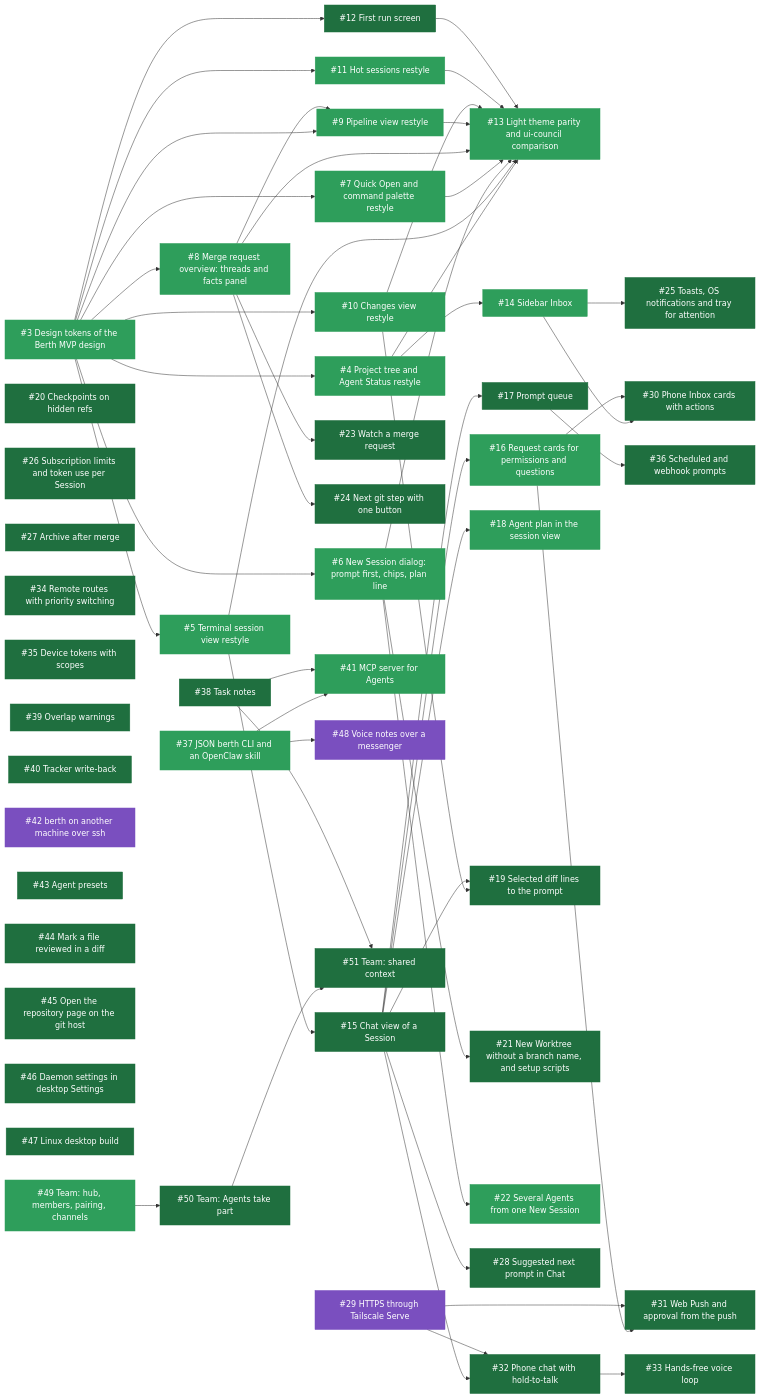
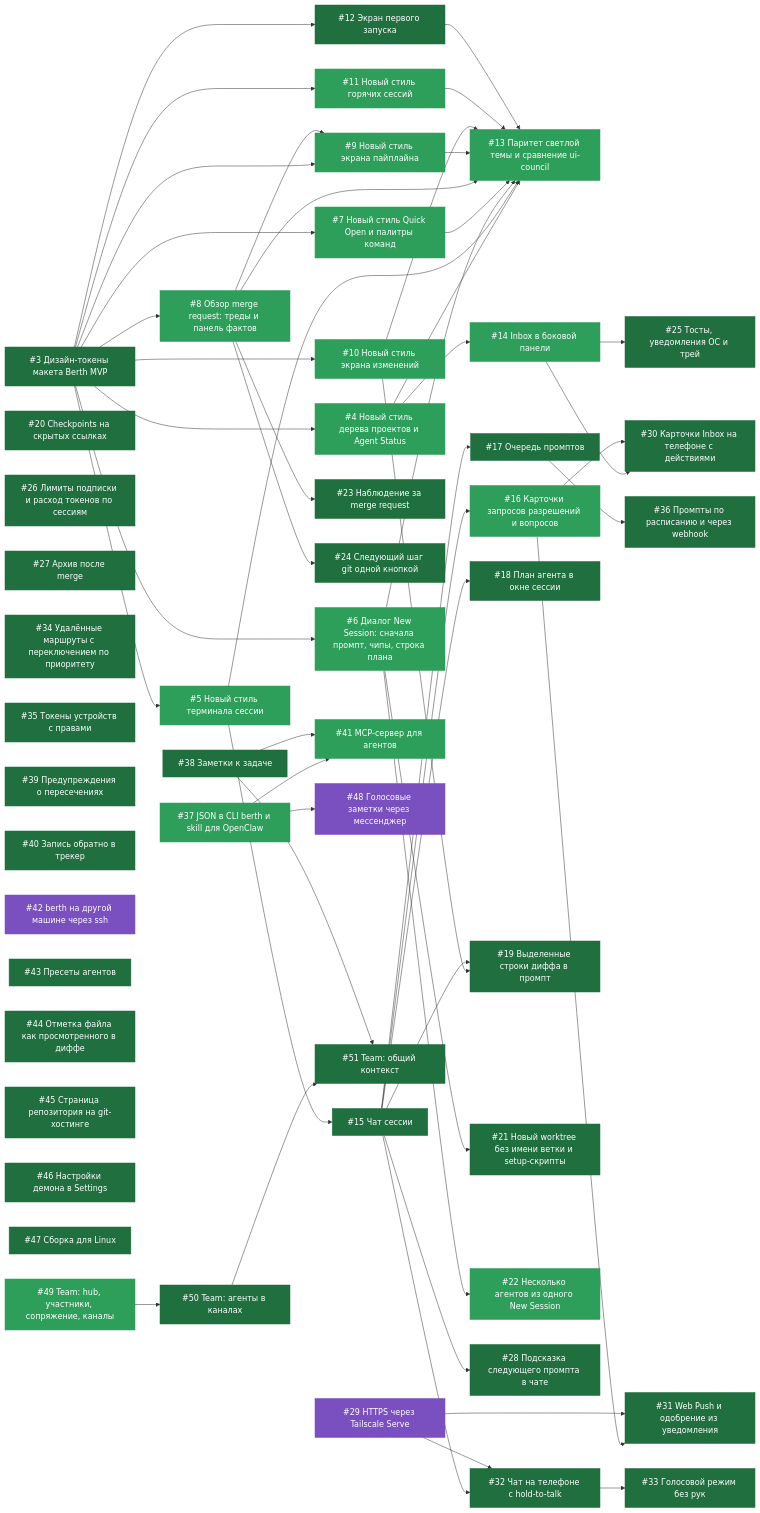
Before and after one commit to PetukhovArt/berth: the diagram in STATUS.md, drawn with Mermaid. The commit also changed other lines of this file and 2 other files, not shown here.

Commit message:
docs: STATUS.md in Russian

````diff
--- a/STATUS.md
+++ b/STATUS.md
@@ -7,26 +9,26 @@
 ```mermaid
 graph LR
-  i3["#3 Design tokens of the Berth MVP design"]:::done
-  i4["#4 Project tree and Agent Status restyle"]:::done
+  i3["#3 Дизайн-токены макета Berth MVP"]:::closed
+  i4["#4 Новый стиль дерева проектов и Agent Status"]:::done
   i3 --> i4
-  i5["#5 Terminal session view restyle"]:::done
+  i5["#5 Новый стиль терминала сессии"]:::done
   i3 --> i5
-  i6["#6 New Session dialog: prompt first, chips, plan line"]:::done
+  i6["#6 Диалог New Session: сначала промпт, чипы, строка плана"]:::done
   i3 --> i6
-  i7["#7 Quick Open and command palette restyle"]:::done
+  i7["#7 Новый стиль Quick Open и палитры команд"]:::done
   i3 --> i7
-  i8["#8 Merge request overview: threads and facts panel"]:::done
+  i8["#8 Обзор merge request: треды и панель фактов"]:::done
   i3 --> i8
-  i9["#9 Pipeline view restyle"]:::done
+  i9["#9 Новый стиль экрана пайплайна"]:::done
   i3 --> i9
   i8 --> i9
-  i10["#10 Changes view restyle"]:::done
+  i10["#10 Новый стиль экрана изменений"]:::done
   i3 --> i10
-  i11["#11 Hot sessions restyle"]:::done
+  i11["#11 Новый стиль горячих сессий"]:::done
   i3 --> i11
-  i12["#12 First run screen"]:::closed
+  i12["#12 Экран первого запуска"]:::closed
   i3 --> i12
-  i13["#13 Light theme parity and ui-council comparison"]:::done
+  i13["#13 Паритет светлой темы и сравнение ui-council"]:::done
   i4 --> i13
   i5 --> i13
   i6 --> i13
@@ -36,69 +38,69 @@
   i10 --> i13
   i11 --> i13
   i12 --> i13
-  i14["#14 Sidebar Inbox"]:::done
+  i14["#14 Inbox в боковой панели"]:::done
   i4 --> i14
-  i15["#15 Chat view of a Session"]:::closed
+  i15["#15 Чат сессии"]:::closed
   i5 --> i15
-  i16["#16 Request cards for permissions and questions"]:::done
+  i16["#16 Карточки запросов разрешений и вопросов"]:::done
   i15 --> i16
-  i17["#17 Prompt queue"]:::closed
+  i17["#17 Очередь промптов"]:::closed
   i15 --> i17
-  i18["#18 Agent plan in the session view"]:::done
+  i18["#18 План агента в окне сессии"]:::closed
   i15 --> i18
-  i19["#19 Selected diff lines to the prompt"]:::closed
+  i19["#19 Выделенные строки диффа в промпт"]:::closed
   i10 --> i19
   i15 --> i19
-  i20["#20 Checkpoints on hidden refs"]:::closed
-  i21["#21 New Worktree without a branch name, and setup scripts"]:::closed
+  i20["#20 Checkpoints на скрытых ссылках"]:::closed
+  i21["#21 Новый worktree без имени ветки и setup-скрипты"]:::closed
   i6 --> i21
-  i22["#22 Several Agents from one New Session"]:::done
+  i22["#22 Несколько агентов из одного New Session"]:::done
   i6 --> i22
-  i23["#23 Watch a merge request"]:::closed
+  i23["#23 Наблюдение за merge request"]:::closed
   i8 --> i23
-  i24["#24 Next git step with one button"]:::closed
+  i24["#24 Следующий шаг git одной кнопкой"]:::closed
   i8 --> i24
-  i25["#25 Toasts, OS notifications and tray for attention"]:::closed
+  i25["#25 Тосты, уведомления ОС и трей"]:::closed
   i14 --> i25
-  i26["#26 Subscription limits and token use per Session"]:::closed
-  i27["#27 Archive after merge"]:::closed
-  i28["#28 Suggested next prompt in Chat"]:::closed
+  i26["#26 Лимиты подписки и расход токенов по сессиям"]:::closed
+  i27["#27 Архив после merge"]:::closed
+  i28["#28 Подсказка следующего промпта в чате"]:::closed
   i15 --> i28
-  i29["#29 HTTPS through Tailscale Serve"]:::parked
-  i30["#30 Phone Inbox cards with actions"]:::closed
+  i29["#29 HTTPS через Tailscale Serve"]:::parked
+  i30["#30 Карточки Inbox на телефоне с действиями"]:::closed
   i14 --> i30
   i16 --> i30
-  i31["#31 Web Push and approval from the push"]:::closed
+  i31["#31 Web Push и одобрение из уведомления"]:::closed
   i16 --> i31
   i29 --> i31
-  i32["#32 Phone chat with hold-to-talk"]:::closed
+  i32["#32 Чат на телефоне с hold-to-talk"]:::closed
   i15 --> i32
   i29 --> i32
-  i33["#33 Hands-free voice loop"]:::closed
+  i33["#33 Голосовой режим без рук"]:::closed
   i32 --> i33
-  i34["#34 Remote routes with priority switching"]:::closed
-  i35["#35 Device tokens with scopes"]:::closed
-  i36["#36 Scheduled and webhook prompts"]:::closed
+  i34["#34 Удалённые маршруты с переключением по приоритету"]:::closed
+  i35["#35 Токены устройств с правами"]:::closed
+  i36["#36 Промпты по расписанию и через webhook"]:::closed
   i17 --> i36
-  i37["#37 JSON berth CLI and an OpenClaw skill"]:::done
-  i38["#38 Task notes"]:::closed
-  i39["#39 Overlap warnings"]:::closed
-  i40["#40 Tracker write-back"]:::closed
-  i41["#41 MCP server for Agents"]:::done
+  i37["#37 JSON в CLI berth и skill для OpenClaw"]:::done
+  i38["#38 Заметки к задаче"]:::closed
+  i39["#39 Предупреждения о пересечениях"]:::closed
+  i40["#40 Запись обратно в трекер"]:::closed
+  i41["#41 MCP-сервер для агентов"]:::done
   i37 --> i41
   i38 --> i41
-  i42["#42 berth on another machine over ssh"]:::parked
-  i43["#43 Agent presets"]:::closed
-  i44["#44 Mark a file reviewed in a diff"]:::closed
-  i45["#45 Open the repository page on the git host"]:::closed
-  i46["#46 Daemon settings in desktop Settings"]:::closed
-  i47["#47 Linux desktop build"]:::closed
-  i48["#48 Voice notes over a messenger"]:::parked
+  i42["#42 berth на другой машине через ssh"]:::parked
+  i43["#43 Пресеты агентов"]:::closed
+  i44["#44 Отметка файла как просмотренного в диффе"]:::closed
+  i45["#45 Страница репозитория на git-хостинге"]:::closed
+  i46["#46 Настройки демона в Settings"]:::closed
+  i47["#47 Сборка для Linux"]:::closed
+  i48["#48 Голосовые заметки через мессенджер"]:::parked
   i37 --> i48
-  i49["#49 Team: hub, members, pairing, channels"]:::done
-  i50["#50 Team: Agents take part"]:::closed
+  i49["#49 Team: hub, участники, сопряжение, каналы"]:::done
+  i50["#50 Team: агенты в каналах"]:::closed
   i49 --> i50
-  i51["#51 Team: shared context"]:::closed
+  i51["#51 Team: общий контекст"]:::closed
   i50 --> i51
   i38 --> i51
   classDef closed fill:#1f6f3f,color:#fff,stroke:#1f6f3f
````
